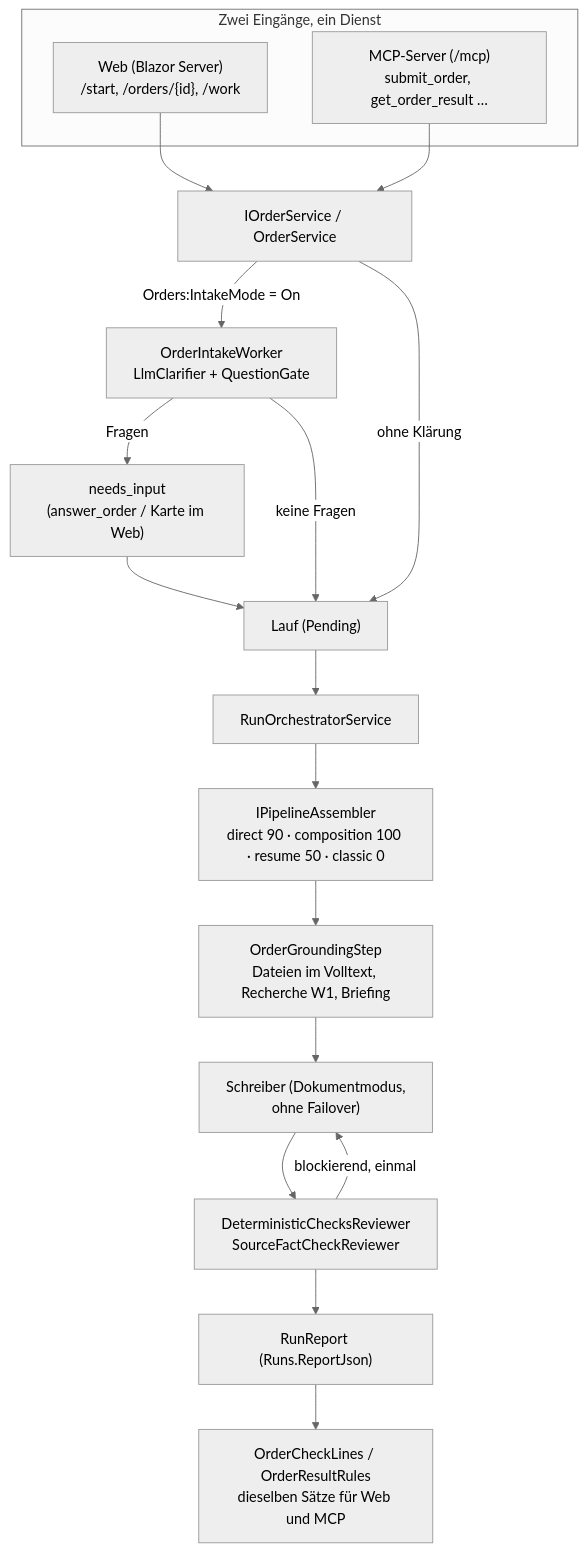
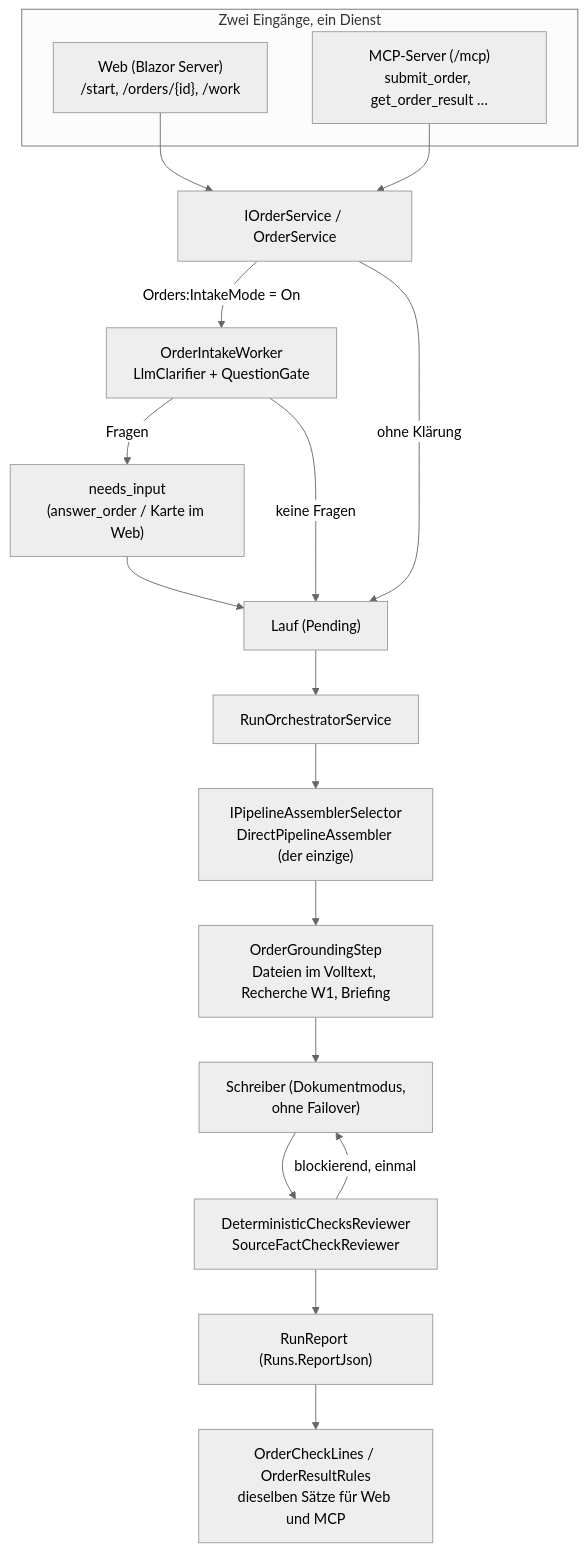
One commit to chr0mcom/geef-atelier changed the diagram in docs/15-developer-guide_de.md. Above: the diagram before and after it, drawn with Mermaid (neutral theme). The commit also changed other lines of this file and 31 other files, not shown here.

````diff
--- a/docs/15-developer-guide_de.md
+++ b/docs/15-developer-guide_de.md
@@ -18,22 +18,22 @@
 ```mermaid
 flowchart TB
     subgraph Entry["Zwei Eingänge, ein Dienst"]
         W["Web (Blazor Server)<br/>/start, /orders/{id}, /work"]
         M["MCP-Server (/mcp)<br/>submit_order, get_order_result …"]
     end
     W --> OS["IOrderService / OrderService"]
     M --> OS
     OS -->|"Orders:IntakeMode = On"| IW["OrderIntakeWorker<br/>LlmClarifier + QuestionGate"]
     IW -->|"Fragen"| Q["needs_input<br/>(answer_order / Karte im Web)"]
     Q --> R
     IW -->|"keine Fragen"| R["Lauf (Pending)"]
     OS -->|"ohne Klärung"| R
     R --> O["RunOrchestratorService"]
-    O --> PA["IPipelineAssembler<br/>direct 90 · composition 100 · resume 50 · classic 0"]
+    O --> PA["IPipelineAssemblerSelector<br/>DirectPipelineAssembler (der einzige)"]
     PA --> G["OrderGroundingStep<br/>Dateien im Volltext, Recherche W1, Briefing"]
     G --> X["Schreiber (Dokumentmodus,<br/>ohne Failover)"]
     X --> C["DeterministicChecksReviewer<br/>SourceFactCheckReviewer"]
     C -->|"blockierend, einmal"| X
     C --> REP["RunReport (Runs.ReportJson)"]
     REP --> RES["OrderCheckLines / OrderResultRules<br/>dieselben Sätze für Web und MCP"]
 ```
````
